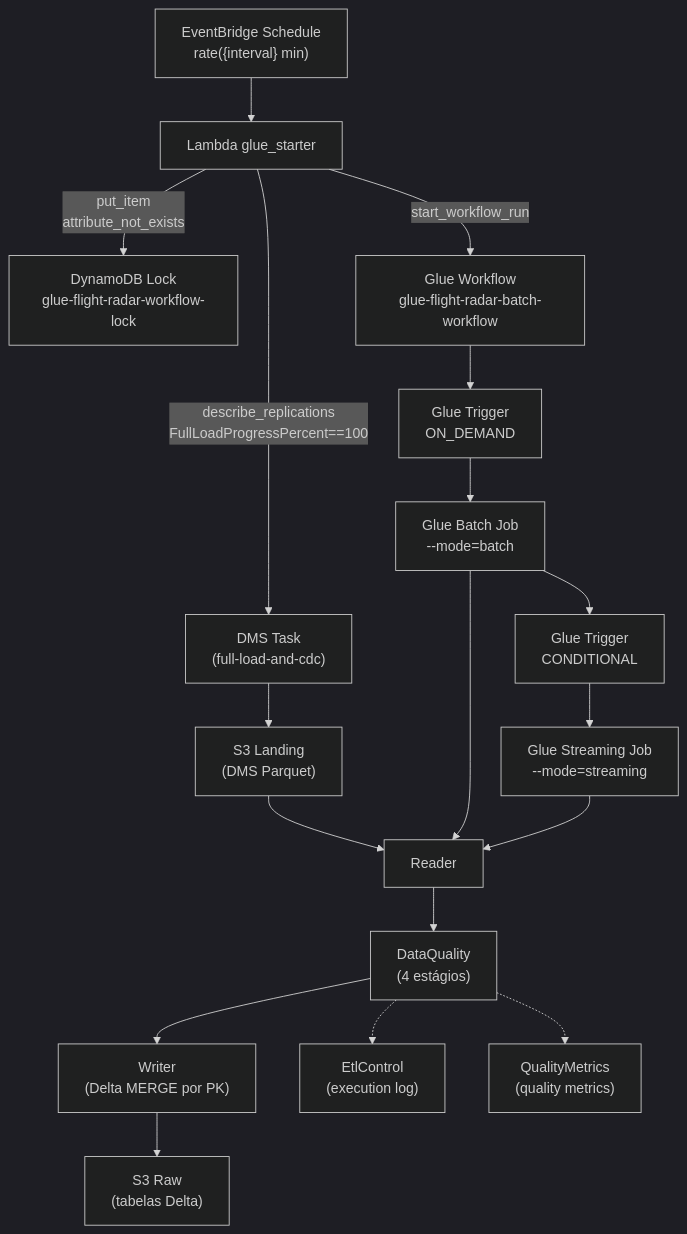
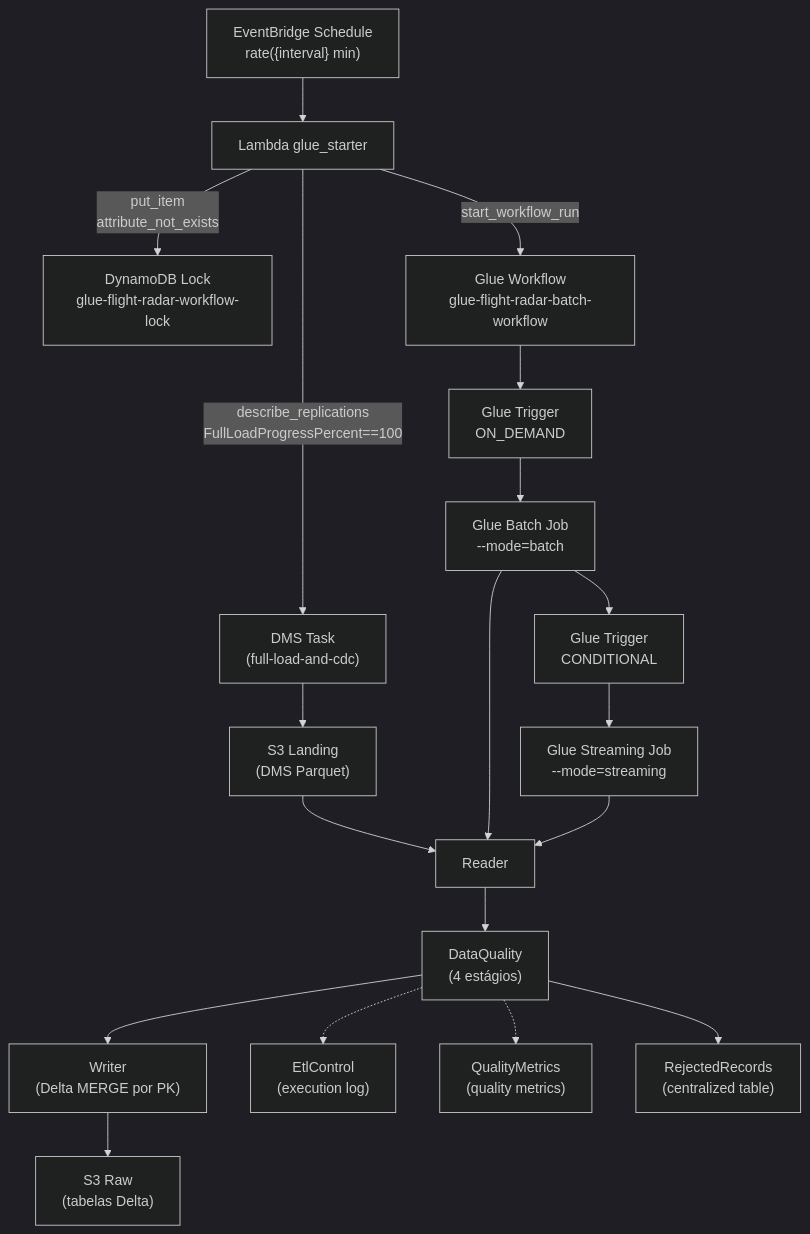
Before and after one commit to jamilvilela/aws-streaming-flight-radar-glue: the diagram in docs-sdd/skill.md, drawn with Mermaid (dark theme). The commit also changed other lines of this file and 27 other files, not shown here.

````diff
--- a/docs-sdd/skill.md
+++ b/docs-sdd/skill.md
@@ -29,37 +30,39 @@
 ```mermaid
 flowchart TD
     DMS["DMS Task<br/>(full-load-and-cdc)"]
     LAND["S3 Landing<br/>(DMS Parquet)"]
     SCHED["EventBridge Schedule<br/>rate({interval} min)"]
     LAMBDA["Lambda glue_starter"]
     LOCK["DynamoDB Lock<br/>glue-flight-radar-workflow-lock"]
     WF["Glue Workflow<br/>glue-flight-radar-batch-workflow"]
     ON_DEMAND["Glue Trigger<br/>ON_DEMAND"]
     BATCH["Glue Batch Job<br/>--mode=batch"]
     TRIG["Glue Trigger<br/>CONDITIONAL"]
     STREAM["Glue Streaming Job<br/>--mode=streaming"]
     READER["Reader"]
     DQ["DataQuality<br/>(4 estágios)"]
     WRITER["Writer<br/>(Delta MERGE por PK)"]
     RAW["S3 Raw<br/>(tabelas Delta)"]
     ETL["EtlControl<br/>(execution log)"]
     QM["QualityMetrics<br/>(quality metrics)"]
+    REJ["RejectedRecords<br/>(centralized table)"]
 
     DMS --> LAND
     SCHED --> LAMBDA
     LAMBDA -->|describe_replications<br/>FullLoadProgressPercent==100| DMS
     LAMBDA -->|put_item<br/>attribute_not_exists| LOCK
     LAMBDA -->|start_workflow_run| WF
     WF --> ON_DEMAND
     ON_DEMAND --> BATCH
     BATCH --> TRIG
     TRIG --> STREAM
     LAND --> READER
     BATCH --> READER
     STREAM --> READER
     READER --> DQ
     DQ --> WRITER
+    DQ --> REJ
     WRITER --> RAW
     DQ -.-> ETL
     DQ -.-> QM
 ```
````
